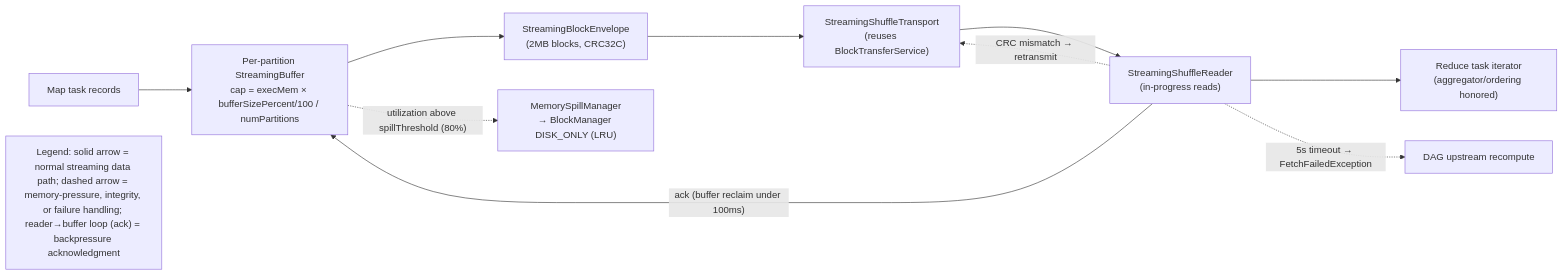
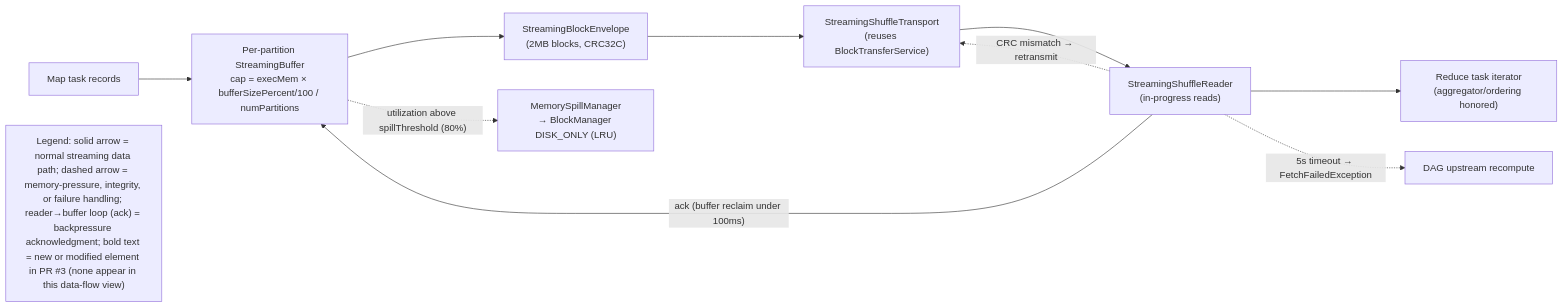
Before and after one commit to Blitzy-Sandbox/blitzy-spark: the third of 3 diagrams in blitzy-docs/streaming-shuffle/architecture.md, drawn with Mermaid. The commit also changed other lines of this file and 5 other files, not shown here.

````diff
--- a/blitzy-docs/streaming-shuffle/architecture.md
+++ b/blitzy-docs/streaming-shuffle/architecture.md
@@ -146,15 +147,15 @@
 ```mermaid
 flowchart LR
     REC["Map task records"] --> WBUF["Per-partition StreamingBuffer<br/>cap = execMem × bufferSizePercent/100 / numPartitions"]
     WBUF --> ENV["StreamingBlockEnvelope<br/>(2MB blocks, CRC32C)"]
     ENV --> XFER["StreamingShuffleTransport<br/>(reuses BlockTransferService)"]
     XFER --> RRD["StreamingShuffleReader<br/>(in-progress reads)"]
     RRD --> OUT["Reduce task iterator<br/>(aggregator/ordering honored)"]
 
     WBUF -.->|"utilization above spillThreshold (80%)"| SPILL["MemorySpillManager<br/>→ BlockManager DISK_ONLY (LRU)"]
     RRD -->|"ack (buffer reclaim under 100ms)"| WBUF
     RRD -.->|"CRC mismatch → retransmit"| XFER
     RRD -.->|"5s timeout → FetchFailedException"| RECOMP["DAG upstream recompute"]
 
-    L2["Legend: solid arrow = normal streaming data path; dashed arrow = memory-pressure, integrity, or failure handling; reader→buffer loop (ack) = backpressure acknowledgment"]
+    L2["Legend: solid arrow = normal streaming data path; dashed arrow = memory-pressure, integrity, or failure handling; reader→buffer loop (ack) = backpressure acknowledgment; bold text = new or modified element in PR #3 (none appear in this data-flow view)"]
 ```
````
